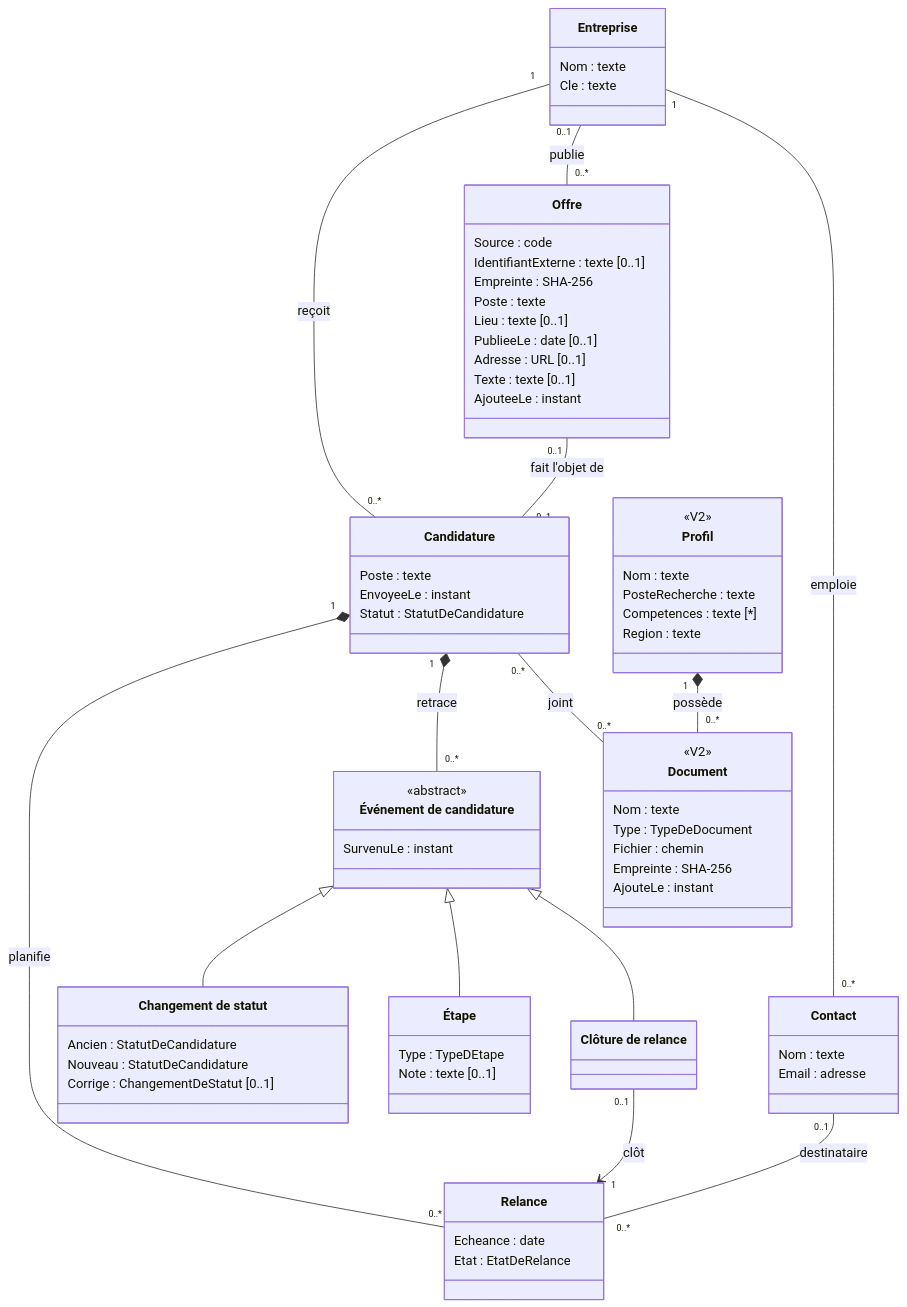
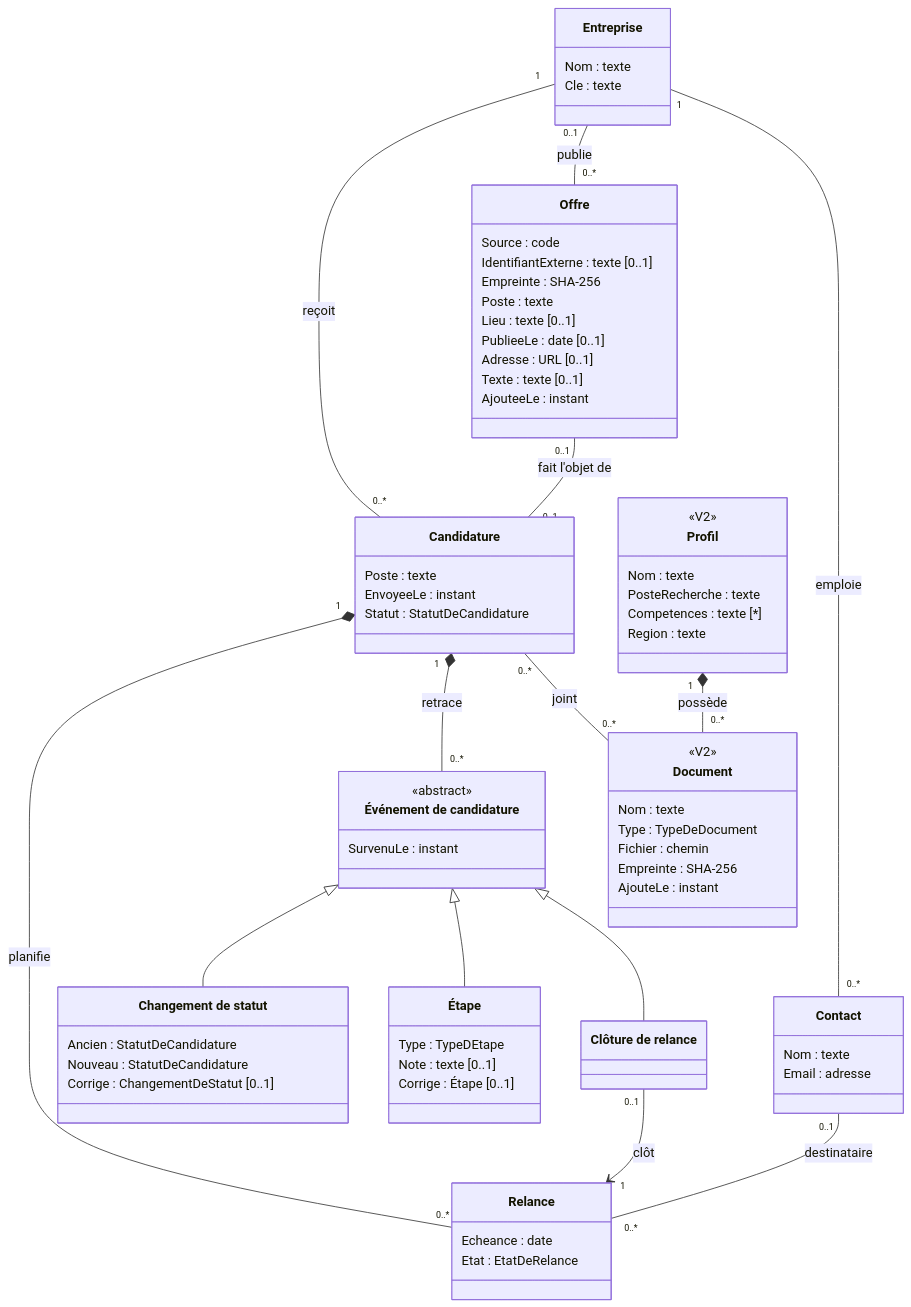
Before and after one commit to moonn1000/sollicito: the first of 3 diagrams in docs/modele-de-domaine.md, drawn with Mermaid. The commit also changed other lines of this file and 50 other files, not shown here.

````diff
--- a/docs/modele-de-domaine.md
+++ b/docs/modele-de-domaine.md
@@ -24,74 +24,75 @@
 ```mermaid
 classDiagram
     direction TB
     class Entreprise {
         Nom : texte
         Cle : texte
     }
     class Offre {
         Source : code
         IdentifiantExterne : texte [0..1]
         Empreinte : SHA-256
         Poste : texte
         Lieu : texte [0..1]
         PublieeLe : date [0..1]
         Adresse : URL [0..1]
         Texte : texte [0..1]
         AjouteeLe : instant
     }
     class Contact {
         Nom : texte
         Email : adresse
     }
     class Candidature {
         Poste : texte
         EnvoyeeLe : instant
         Statut : StatutDeCandidature
     }
     class Relance {
         Echeance : date
         Etat : EtatDeRelance
     }
     class EvenementDeCandidature["Événement de candidature"] {
         <<abstract>>
         SurvenuLe : instant
     }
     class ChangementDeStatut["Changement de statut"] {
         Ancien : StatutDeCandidature
         Nouveau : StatutDeCandidature
         Corrige : ChangementDeStatut [0..1]
     }
     class Etape["Étape"] {
         Type : TypeDEtape
         Note : texte [0..1]
+        Corrige : Étape [0..1]
     }
     class ClotureDeRelance["Clôture de relance"]
     class Profil {
         <<V2>>
         Nom : texte
         PosteRecherche : texte
         Competences : texte [*]
         Region : texte
     }
     class Document {
         <<V2>>
         Nom : texte
         Type : TypeDeDocument
         Fichier : chemin
         Empreinte : SHA-256
         AjouteLe : instant
     }
     Entreprise "1" -- "0..*" Candidature : reçoit
     Entreprise "0..1" -- "0..*" Offre : publie
     Entreprise "1" -- "0..*" Contact : emploie
     Offre "0..1" -- "0..1" Candidature : fait l'objet de
     Candidature "1" *-- "0..*" Relance : planifie
     Contact "0..1" -- "0..*" Relance : destinataire
     Candidature "1" *-- "0..*" EvenementDeCandidature : retrace
     EvenementDeCandidature <|-- ChangementDeStatut
     EvenementDeCandidature <|-- Etape
     EvenementDeCandidature <|-- ClotureDeRelance
     ClotureDeRelance "0..1" --> "1" Relance : clôt
     Candidature "0..*" -- "0..*" Document : joint
     Profil "1" *-- "0..*" Document : possède
 ```
````
